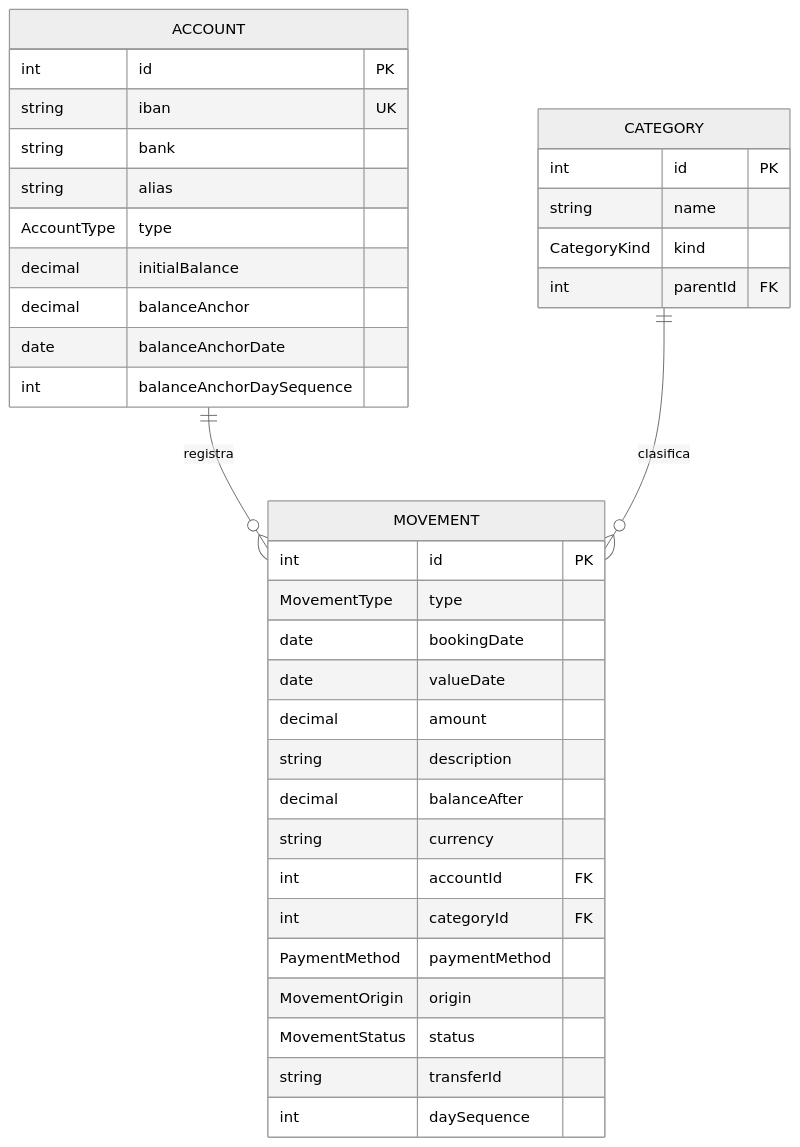
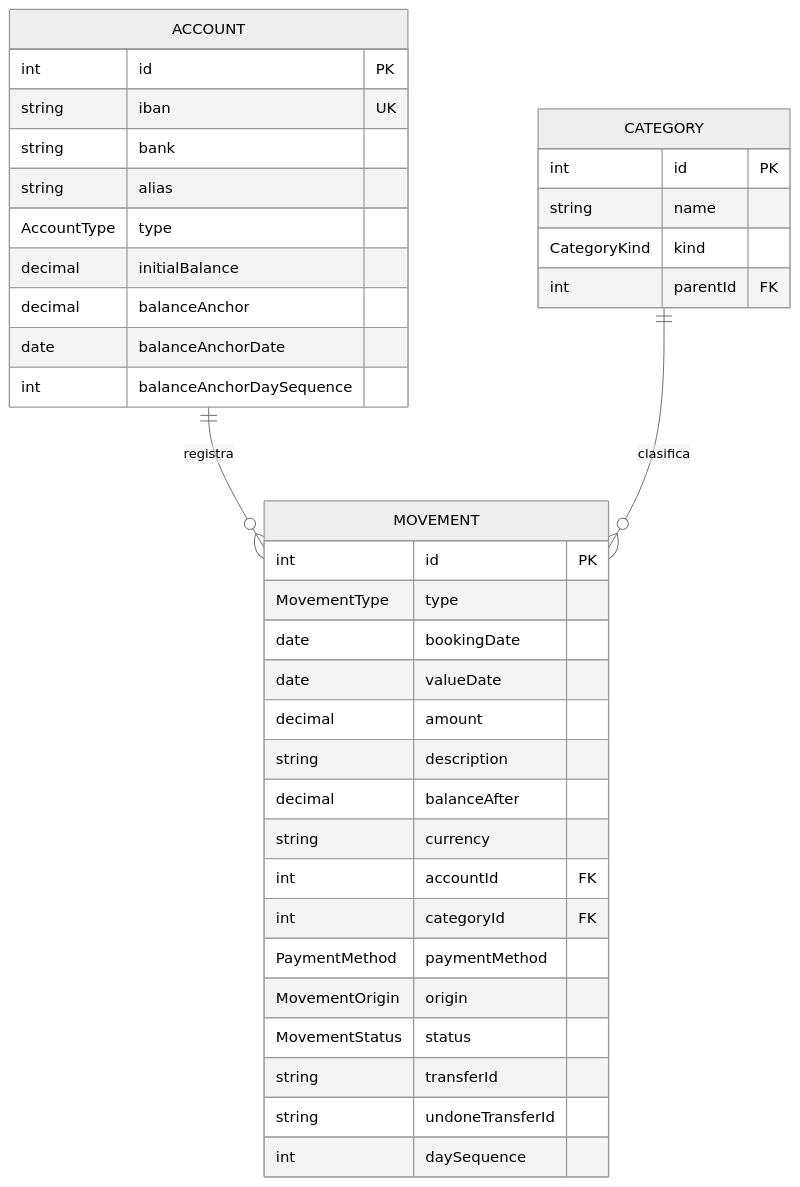
One commit to wanyos/control-gastos-backend changed the first of 2 diagrams in docs/data-model.md. Above: the diagram before and after it, drawn with Mermaid (neutral theme). The commit also changed other lines of this file and 23 other files, not shown here.

````diff
--- a/docs/data-model.md
+++ b/docs/data-model.md
@@ -74,39 +74,40 @@
 ```mermaid
 erDiagram
     ACCOUNT ||--o{ MOVEMENT : registra
     CATEGORY ||--o{ MOVEMENT : clasifica
     ACCOUNT {
         int id PK
         string iban UK
         string bank
         string alias
         AccountType type
         decimal initialBalance
         decimal balanceAnchor
         date balanceAnchorDate
         int balanceAnchorDaySequence
     }
     CATEGORY {
         int id PK
         string name
         CategoryKind kind
         int parentId FK
     }
     MOVEMENT {
         int id PK
         MovementType type
         date bookingDate
         date valueDate
         decimal amount
         string description
         decimal balanceAfter
         string currency
         int accountId FK
         int categoryId FK
         PaymentMethod paymentMethod
         MovementOrigin origin
         MovementStatus status
         string transferId
+        string undoneTransferId
         int daySequence
     }
 ```
````
